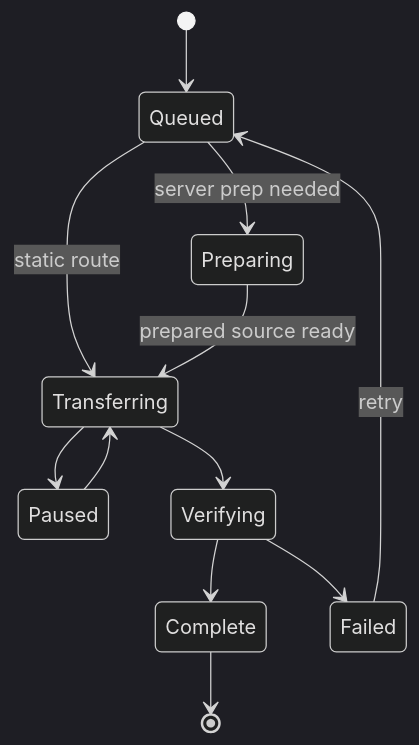
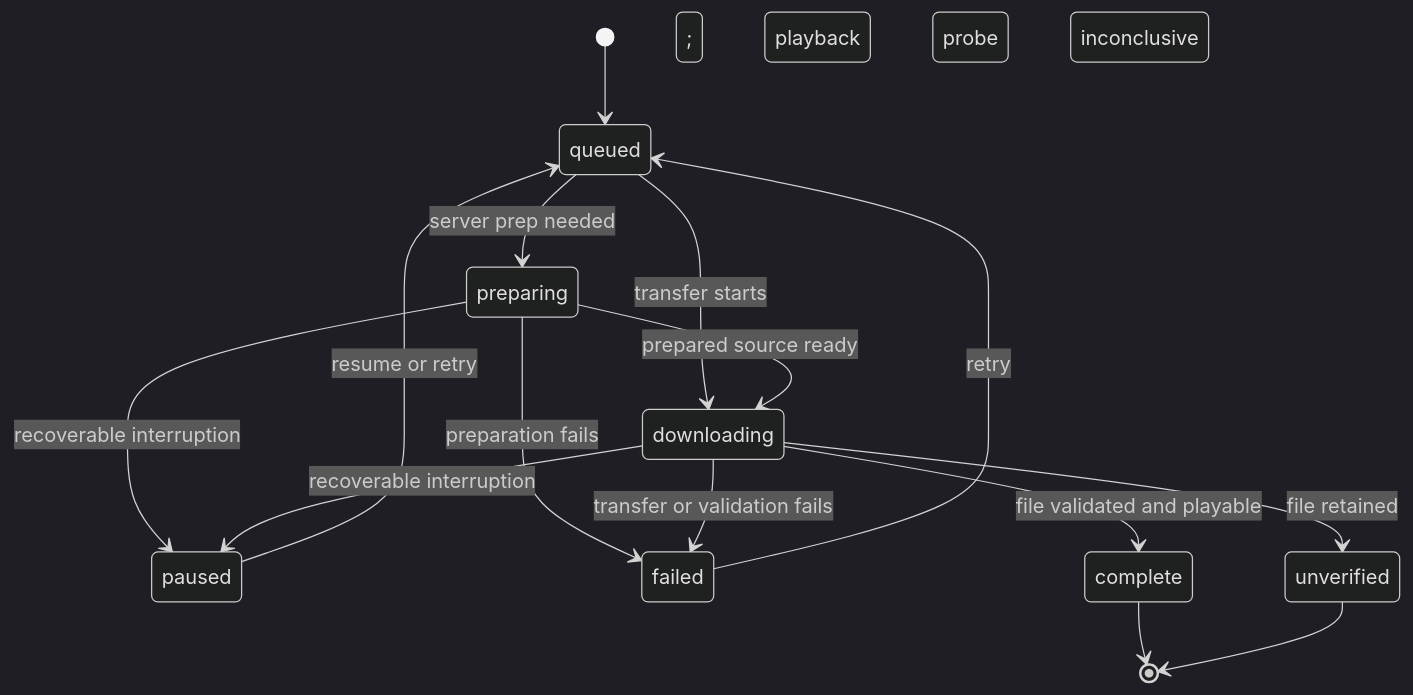
Before and after one commit to jlipworth/Labstream: the second of 3 diagrams in docs/DOWNLOADS-OFFLINE.md, drawn with Mermaid (dark theme). The commit also changed other lines of this file and 44 other files, not shown here.

````diff
--- a/docs/DOWNLOADS-OFFLINE.md
+++ b/docs/DOWNLOADS-OFFLINE.md
@@ -44,14 +45,26 @@
 ```mermaid
 stateDiagram-v2
+  accTitle: Persisted download row states
+  accDescr: A persisted row begins queued, may prepare a server-side file, and downloads bytes. Interruption can pause it, errors can fail it, and validation ends as complete or unverified when the file is retained but the local playback probe is inconclusive.
+  state "queued" as Queued
+  state "preparing" as Preparing
+  state "downloading" as Downloading
+  state "paused" as Paused
+  state "failed" as Failed
+  state "complete" as Complete
+  state "unverified" as Unverified
   [*] --> Queued
   Queued --> Preparing: server prep needed
-  Queued --> Transferring: static route
-  Preparing --> Transferring: prepared source ready
-  Transferring --> Paused
-  Paused --> Transferring
-  Transferring --> Verifying
-  Verifying --> Complete
-  Verifying --> Failed
+  Queued --> Downloading: transfer starts
+  Preparing --> Downloading: prepared source ready
+  Preparing --> Paused: recoverable interruption
+  Preparing --> Failed: preparation fails
+  Downloading --> Paused: recoverable interruption
+  Downloading --> Failed: transfer or validation fails
+  Downloading --> Complete: file validated and playable
+  Downloading --> Unverified: file retained; playback probe inconclusive
+  Paused --> Queued: resume or retry
   Failed --> Queued: retry
   Complete --> [*]
+  Unverified --> [*]
 ```
````
